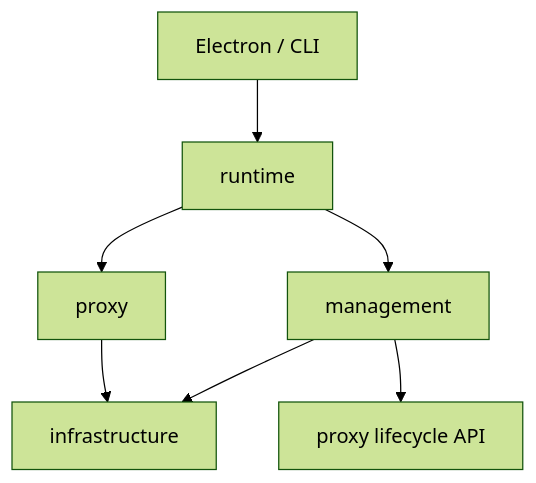
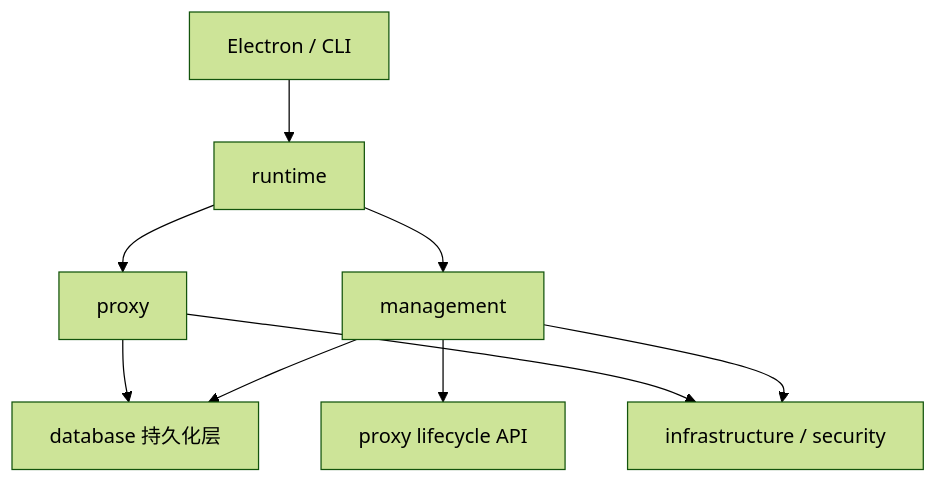
The first of 2 diagrams in specs/server-architecture.md (yinxulai/one-switch), drawn with Mermaid (forest theme) before and after one commit. The commit also changed other lines of this file and 130 other files, not shown here.

````diff
--- a/specs/server-architecture.md
+++ b/specs/server-architecture.md
@@ -65,9 +59,11 @@
 ```mermaid
 flowchart TD
   Electron[Electron / CLI] --> Runtime[runtime]
   Runtime --> Management[management]
   Runtime --> Proxy[proxy]
-  Management --> Infrastructure[infrastructure]
+  Management --> Database[database 持久化层]
+  Proxy --> Database
+  Management --> Infrastructure[infrastructure / security]
   Proxy --> Infrastructure
   Management --> ProxyControl[proxy lifecycle API]
 ```
````
